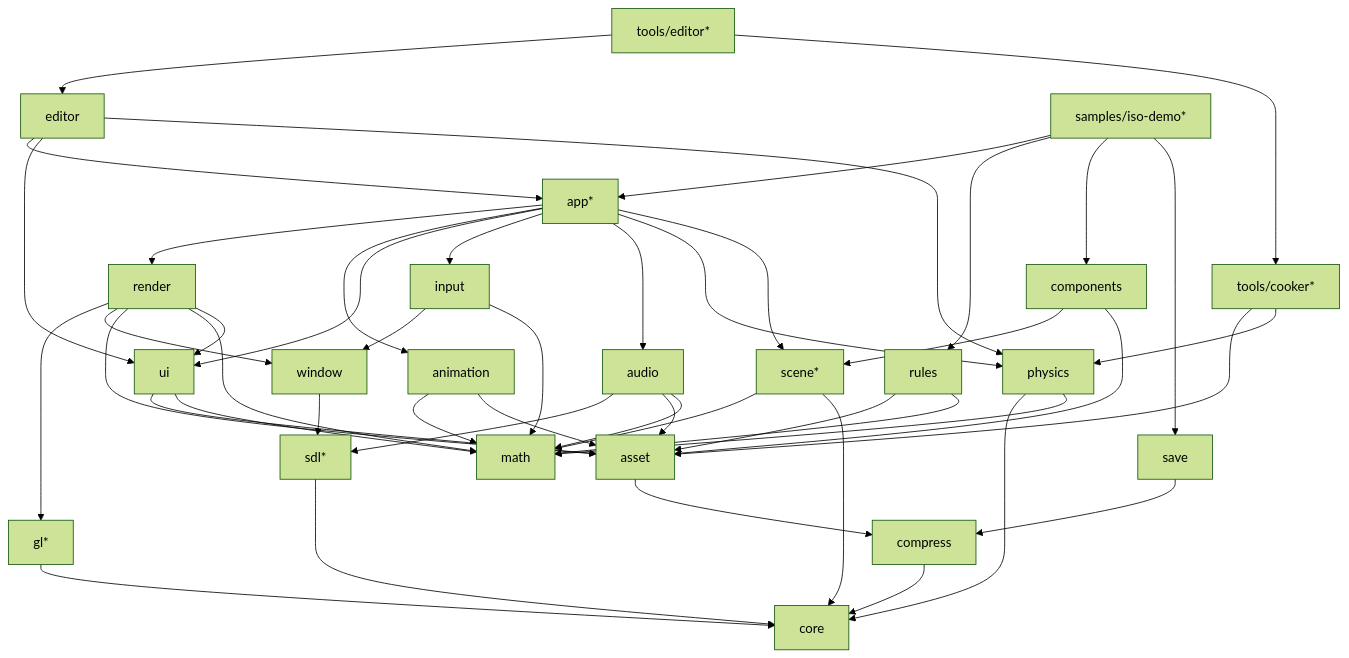
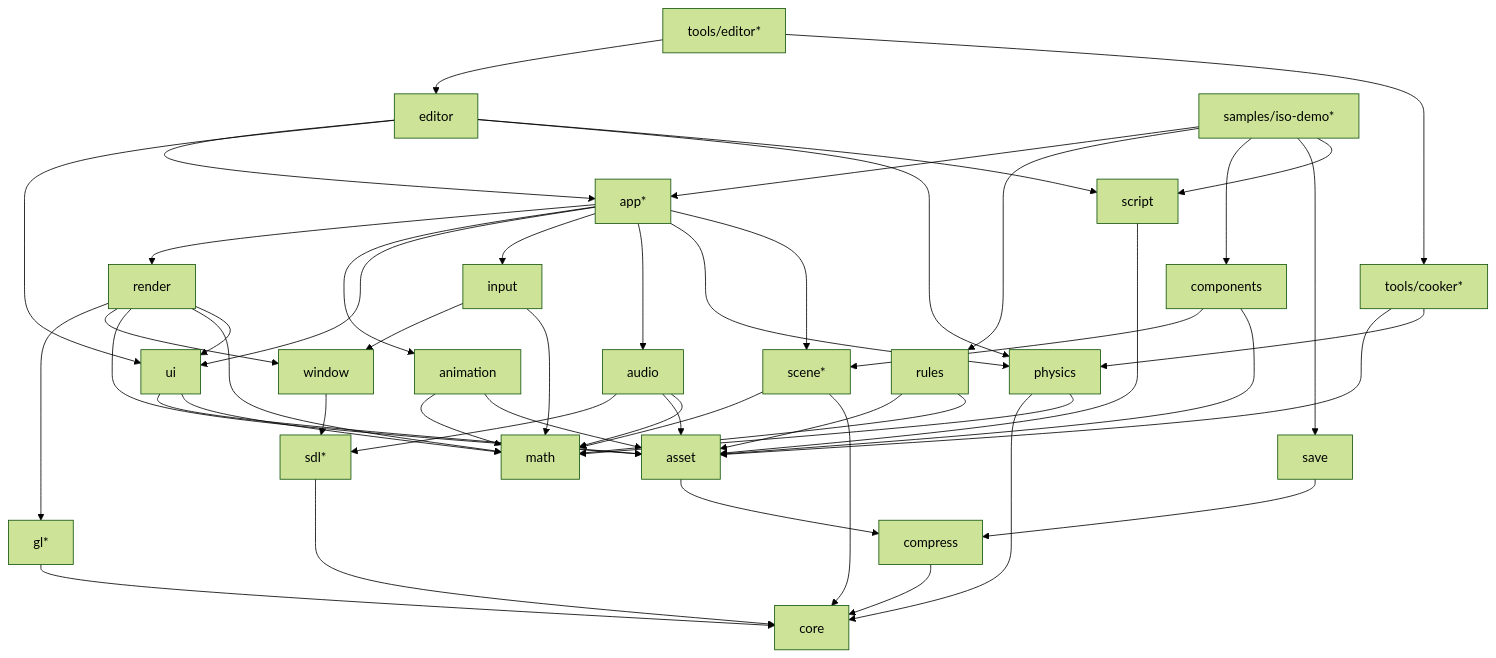
The diagram in docs/DESIGN.md (ilumar589/JEddyFramework), drawn with Mermaid (forest theme) before and after one commit. The commit also changed other lines of this file and 2 other files, not shown here.

````diff
--- a/docs/DESIGN.md
+++ b/docs/DESIGN.md
@@ -93,51 +94,54 @@
 ```mermaid
 graph TD
   core[core]
   math[math]
   compress[compress] --> core
   sdl[sdl*] --> core
   gl[gl*] --> core
   window[window] --> sdl
   input[input] --> window
   input --> math
   asset[asset] --> compress
   render[render] --> gl
   render --> window
   render --> asset
   render --> math
   render --> ui
   ui[ui] --> asset
   ui --> math
   audio[audio] --> sdl
   audio --> asset
   audio --> math
   physics[physics] --> core
   physics --> math
   scene[scene*] --> math
   scene --> core
   animation[animation] --> math
   animation --> asset
   save[save] --> compress
+  script[script] --> asset
   rules[rules] --> asset
   rules --> math
   components[components] --> scene
   components --> asset
   editor[editor] --> app
   editor --> ui
   editor --> physics
   editortool[tools/editor*] --> editor
   editortool --> cooker
   app[app*] --> render
   app --> animation
   app --> ui
   app --> input
   app --> audio
   app --> physics
   app --> scene
   isodemo[samples/iso-demo*] --> app
   isodemo --> rules
   isodemo --> components
   isodemo --> save
+  isodemo --> script
+  editor --> script
   cooker[tools/cooker*] --> asset
   cooker --> physics
 ```
````
